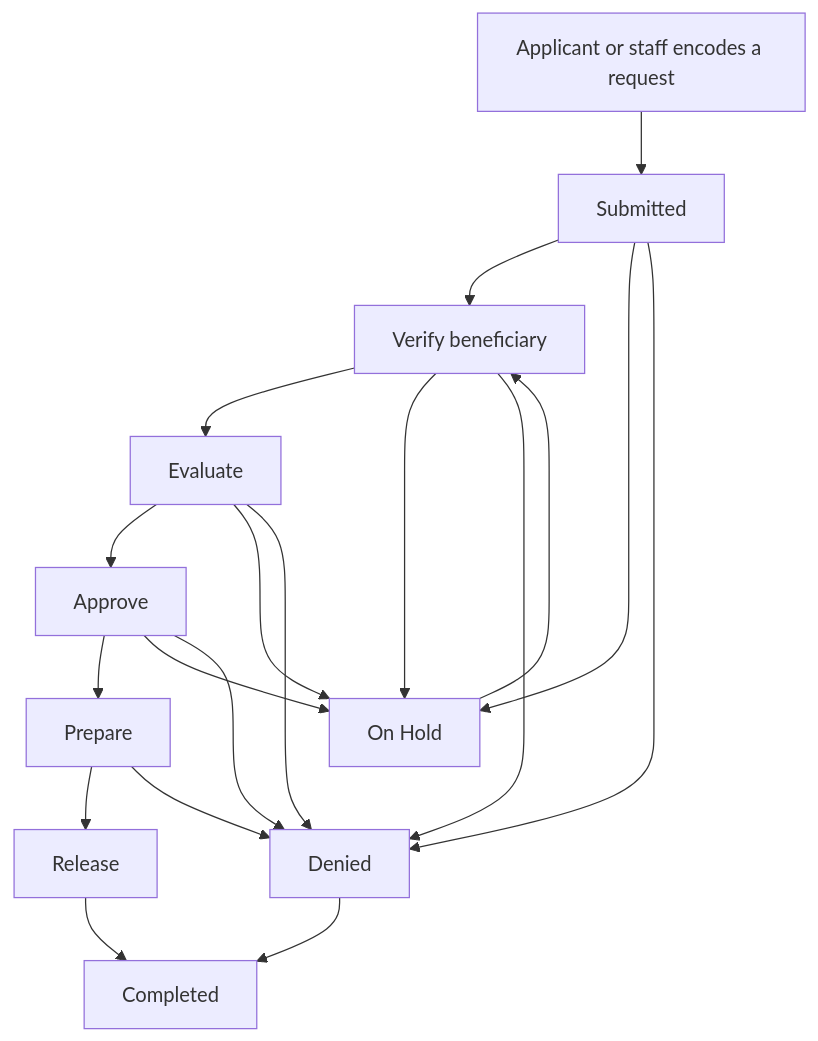
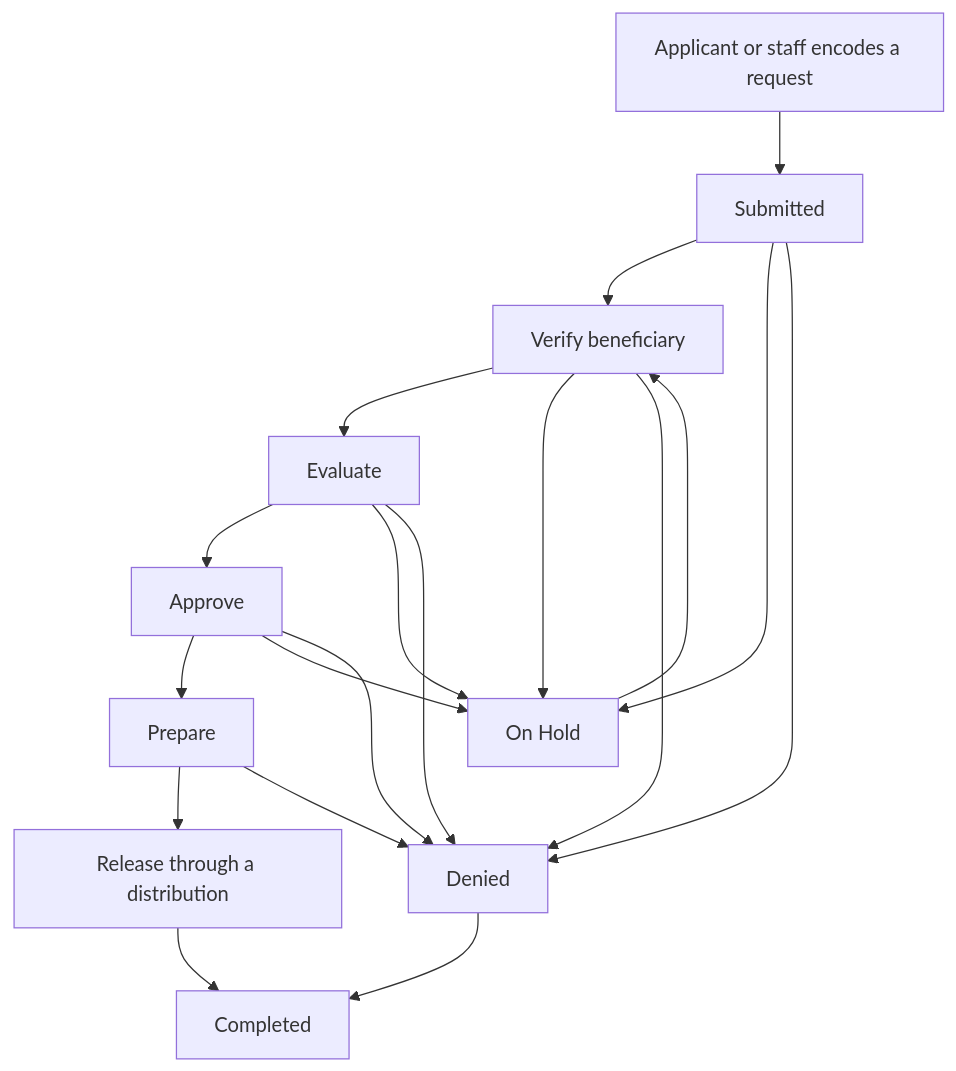
The diagram in docs/user-guide.md (zcedd/CAIS-V3), drawn with Mermaid before and after one commit. The commit also changed other lines of this file and 2 other files, not shown here.

Commit message:
docs: Revise user guide to clarify request workflow, distribution processes, and role-specific functionalities; add new user manual for comprehensive guidance.

````diff
--- a/docs/user-guide.md
+++ b/docs/user-guide.md
@@ -38,22 +38,22 @@
 ```mermaid
 flowchart TD
     apply[Applicant or staff encodes a request]
     apply --> submitted[Submitted]
     submitted --> verify[Verify beneficiary]
     verify --> evaluate[Evaluate]
     evaluate --> approve[Approve]
     approve --> prepare[Prepare]
-    prepare --> release[Release]
+    prepare --> release[Release through a distribution]
     release --> completed[Completed]
     submitted --> hold[On Hold]
     verify --> hold
     evaluate --> hold
     approve --> hold
     hold --> verify
     submitted --> denied[Denied]
     verify --> denied
     evaluate --> denied
     approve --> denied
     prepare --> denied
     denied --> completed
 ```
````
